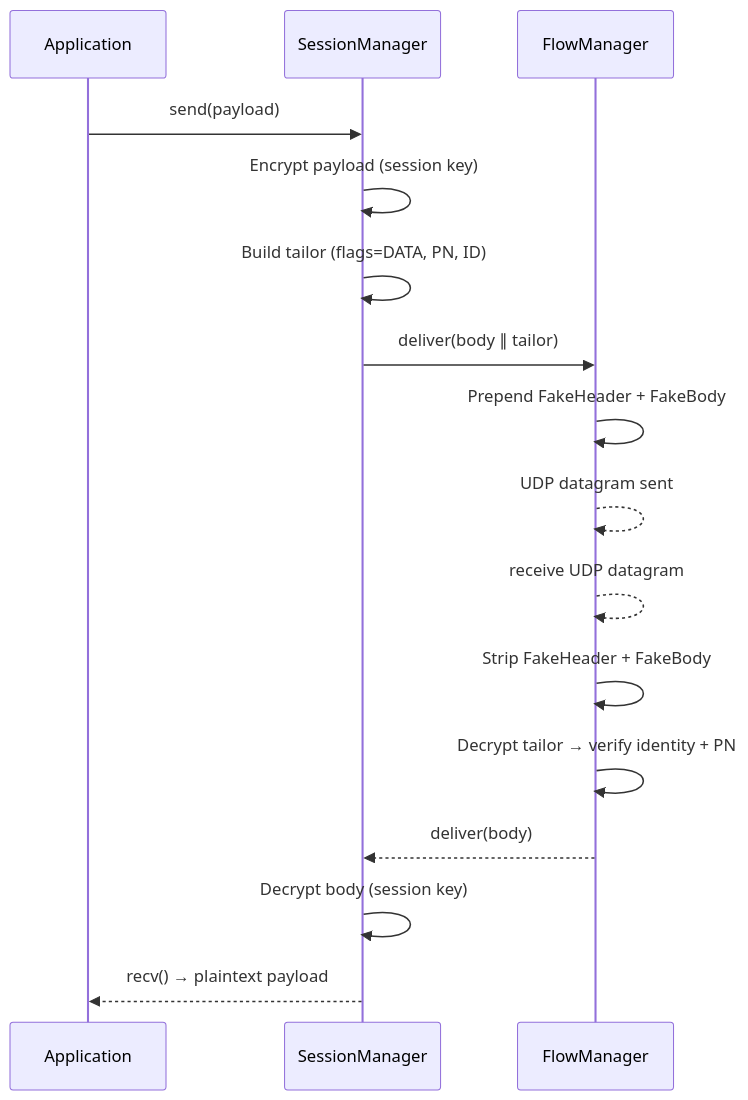
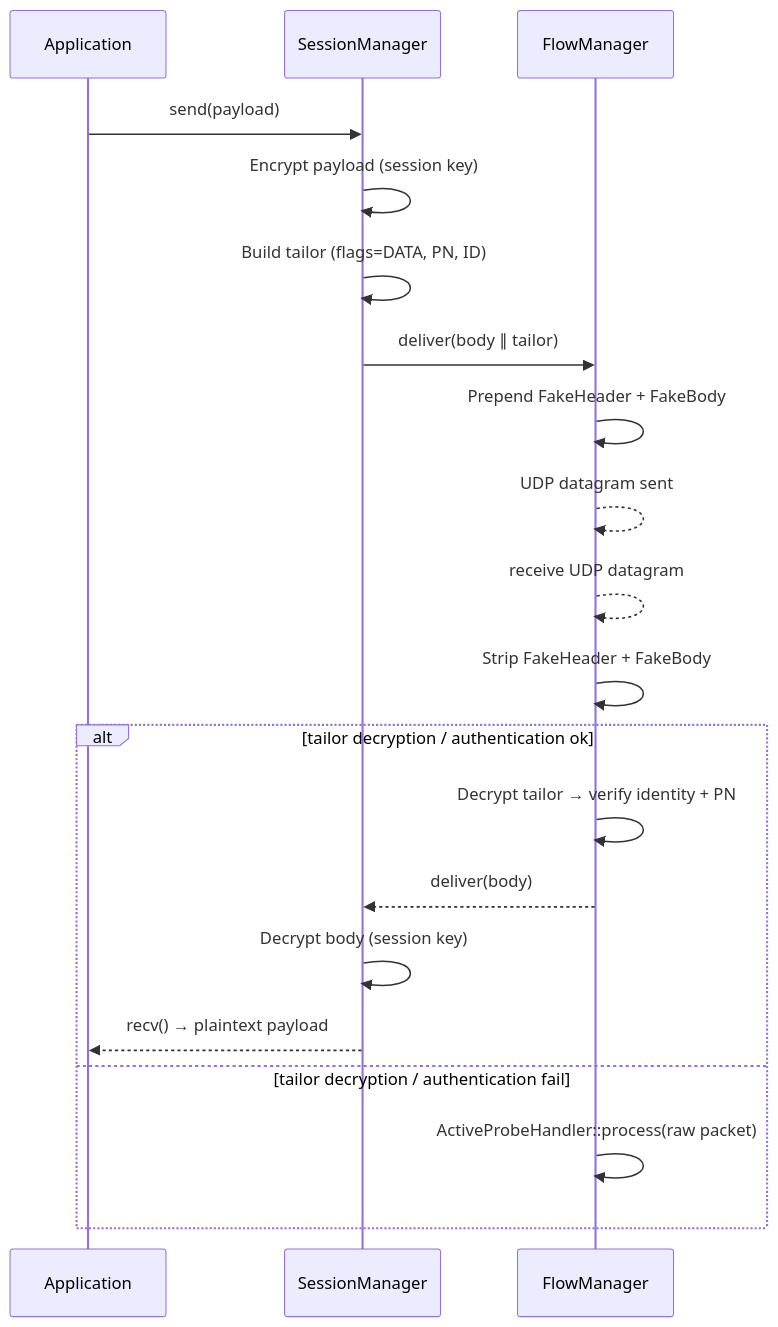
The second of 6 diagrams in PROTOCOL.md (pseusys/TYPHOON), drawn with Mermaid before and after one commit. The commit also changed other lines of this file and 9 other files, not shown here.

````diff
--- a/PROTOCOL.md
+++ b/PROTOCOL.md
@@ -181,20 +186,24 @@
 ```mermaid
 sequenceDiagram
     participant App as Application
     participant SM as SessionManager
     participant FM as FlowManager
 
     App->>SM: send(payload)
     SM->>SM: Encrypt payload (session key)
     SM->>SM: Build tailor (flags=DATA, PN, ID)
     SM->>FM: deliver(body ∥ tailor)
     FM->>FM: Prepend FakeHeader + FakeBody
     FM-->>FM: UDP datagram sent
 
     FM-->>FM: receive UDP datagram
     FM->>FM: Strip FakeHeader + FakeBody
-    FM->>FM: Decrypt tailor → verify identity + PN
-    FM-->>SM: deliver(body)
-    SM->>SM: Decrypt body (session key)
-    SM-->>App: recv() → plaintext payload
+    alt tailor decryption / authentication ok
+        FM->>FM: Decrypt tailor → verify identity + PN
+        FM-->>SM: deliver(body)
+        SM->>SM: Decrypt body (session key)
+        SM-->>App: recv() → plaintext payload
+    else tailor decryption / authentication fail
+        FM->>FM: ActiveProbeHandler::process(raw packet)
+    end
 ```
````
